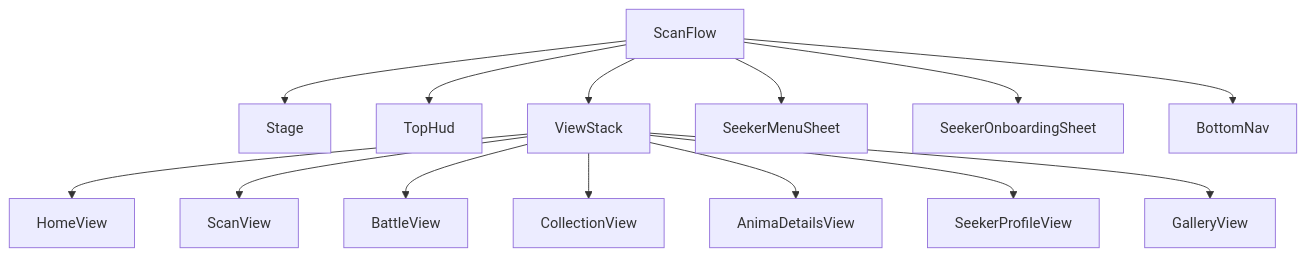
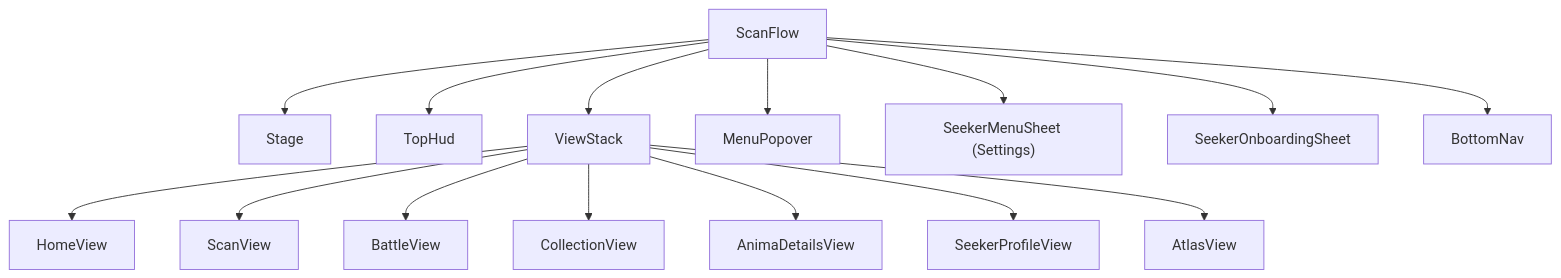
Before and after one commit to ryansetia1/Scanima: the diagram in docs/06-ui-globalization.md, drawn with Mermaid. The commit also changed other lines of this file and 59 other files, not shown here.

First line of the commit message:
Implement Anima Atlas features and update Gallery functionality

````diff
--- a/docs/06-ui-globalization.md
+++ b/docs/06-ui-globalization.md
@@ -16,16 +16,17 @@
 ```mermaid
 flowchart TD
     ScanFlow --> Stage
     ScanFlow --> TopHud
     ScanFlow --> ViewStack
     ViewStack --> HomeView
     ViewStack --> ScanView
     ViewStack --> BattleView
     ViewStack --> CollectionView
     ViewStack --> AnimaDetailsView
     ViewStack --> SeekerProfileView
-    ViewStack --> GalleryView
-    ScanFlow --> SeekerMenuSheet
+    ViewStack --> AtlasView
+    ScanFlow --> MenuPopover
+    ScanFlow --> SeekerMenuSheet["SeekerMenuSheet (Settings)"]
     ScanFlow --> SeekerOnboardingSheet
     ScanFlow --> BottomNav
 ```
````
